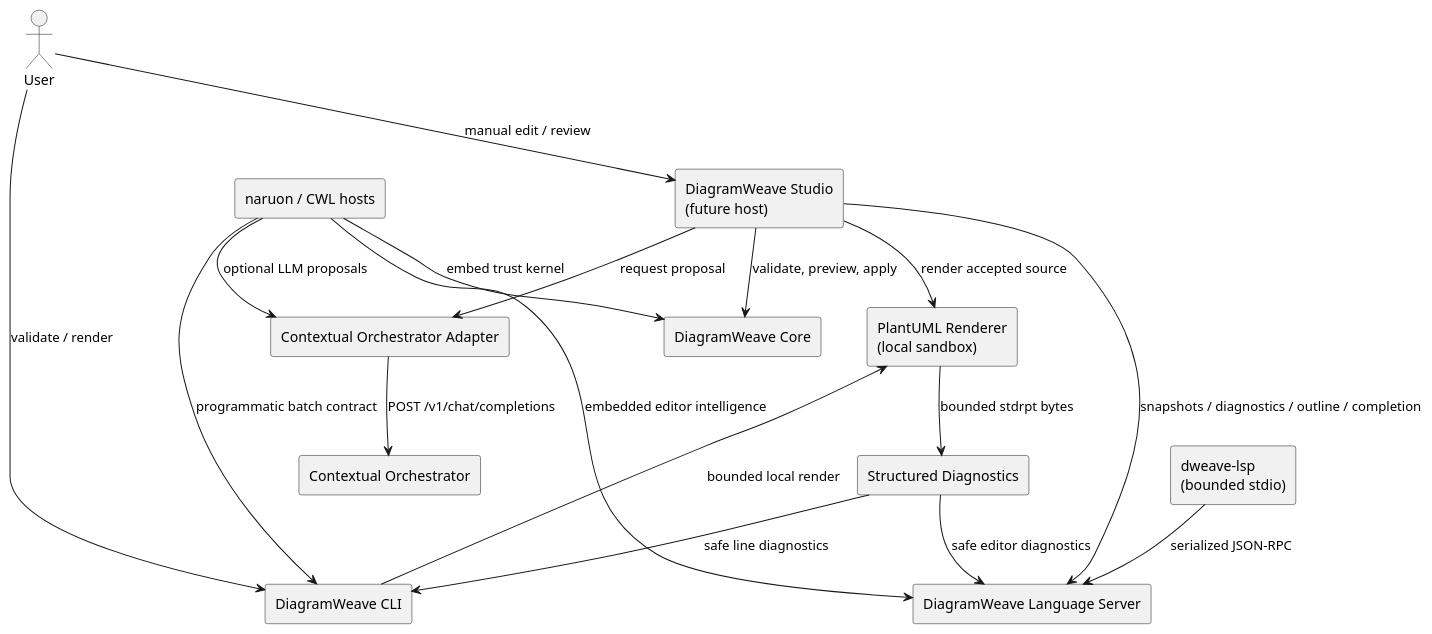
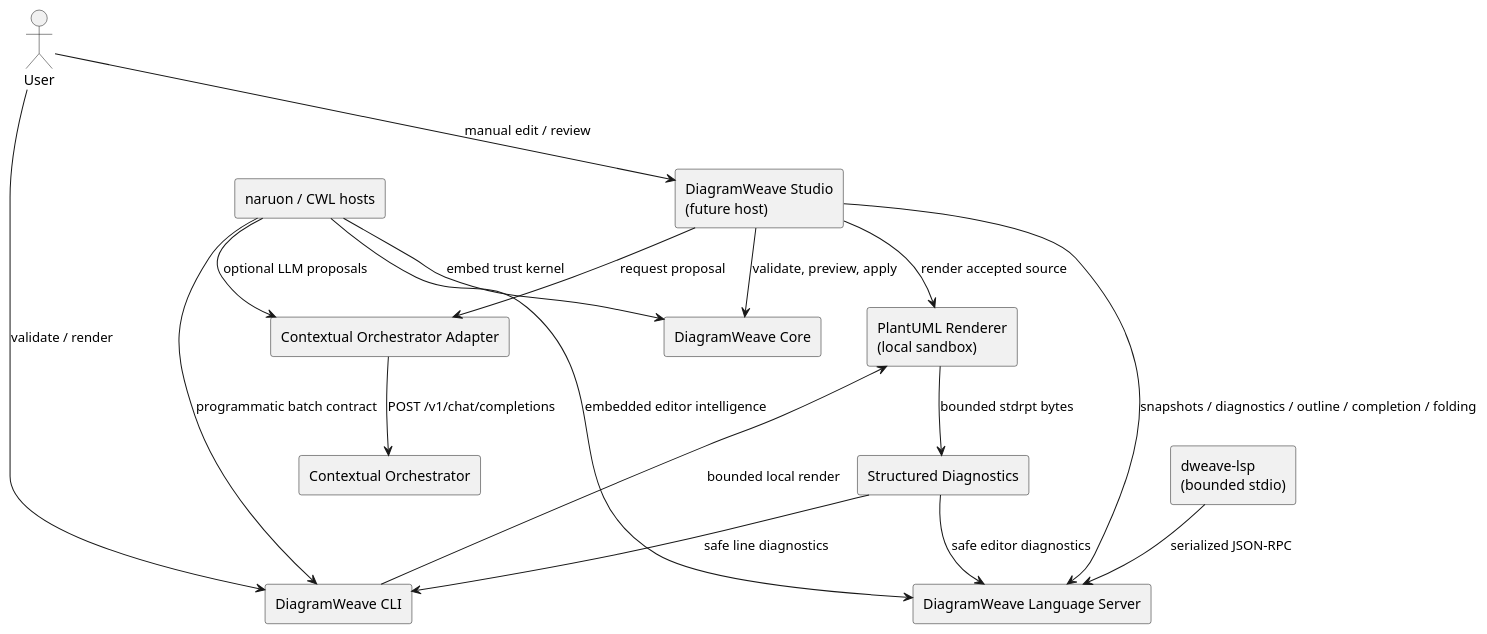
The diagram in docs/architecture.md (ContextualWisdomLab/DiagramWeave), drawn with PlantUML before and after one commit. The commit also changed other lines of this file and 17 other files, not shown here.

````diff
--- a/docs/architecture.md
+++ b/docs/architecture.md
@@ -24,33 +24,33 @@
 ```plantuml
 @startuml
 skinparam componentStyle rectangle
 actor User
 component "DiagramWeave Studio\n(future host)" as Studio
 component "DiagramWeave Core" as Core
 component "Contextual Orchestrator Adapter" as Adapter
 component "Contextual Orchestrator" as Orchestrator
 component "PlantUML Renderer\n(local sandbox)" as Renderer
 component "Structured Diagnostics" as Diagnostics
 component "DiagramWeave CLI" as CLI
 component "DiagramWeave Language Server" as LSP
 component "dweave-lsp\n(bounded stdio)" as Stdio
 component "naruon / CWL hosts" as Hosts
 
 User --> Studio : manual edit / review
 User --> CLI : validate / render
 Studio --> Core : validate, preview, apply
 Studio --> Adapter : request proposal
 Adapter --> Orchestrator : POST /v1/chat/completions
 Studio --> Renderer : render accepted source
-Studio --> LSP : snapshots / diagnostics / outline / completion
+Studio --> LSP : snapshots / diagnostics / outline / completion / folding
 CLI --> Renderer : bounded local render
 Renderer --> Diagnostics : bounded stdrpt bytes
 Diagnostics --> CLI : safe line diagnostics
 Diagnostics --> LSP : safe editor diagnostics
 Stdio --> LSP : serialized JSON-RPC
 Hosts --> Core : embed trust kernel
 Hosts --> Adapter : optional LLM proposals
 Hosts --> CLI : programmatic batch contract
 Hosts --> LSP : embedded editor intelligence
 @enduml
 ```
````
